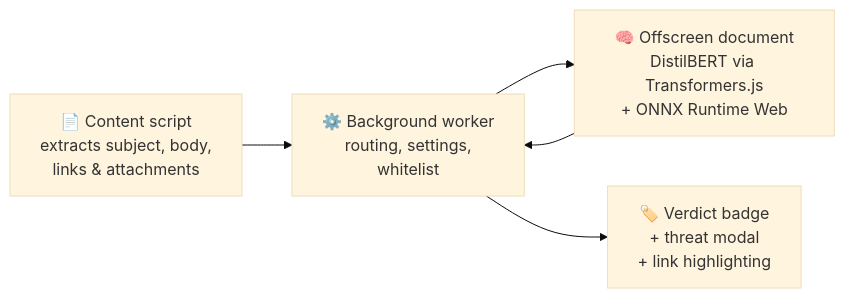
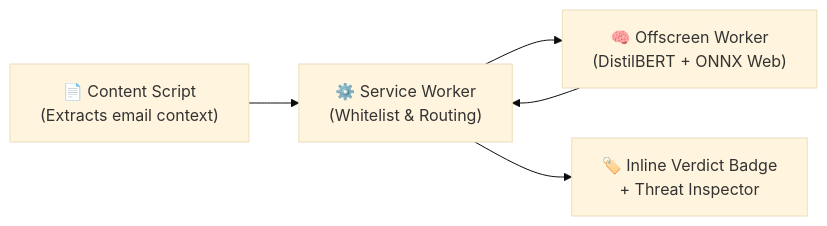
One commit to anubhavaanand/PhishNet changed the diagram in README.md. Above: the diagram before and after it, drawn with Mermaid (base theme). The commit also changed other lines of this file, not shown here.

````diff
--- a/README.md
+++ b/README.md
@@ -75,6 +53,6 @@
 ```mermaid
 flowchart LR
-    A["📄 Content script<br/>extracts subject, body,<br/>links & attachments"] --> B["⚙️ Background worker<br/>routing, settings,<br/>whitelist"]
-    B --> C["🧠 Offscreen document<br/>DistilBERT via Transformers.js<br/>+ ONNX Runtime Web"]
-    C --> B --> D["🏷️ Verdict badge<br/>+ threat modal<br/>+ link highlighting"]
+    A["📄 Content Script<br/>(Extracts email context)"] --> B["⚙️ Service Worker<br/>(Whitelist & Routing)"]
+    B --> C["🧠 Offscreen Worker<br/>(DistilBERT + ONNX Web)"]
+    C --> B --> D["🏷️ Inline Verdict Badge<br/>+ Threat Inspector"]
 ```
````
